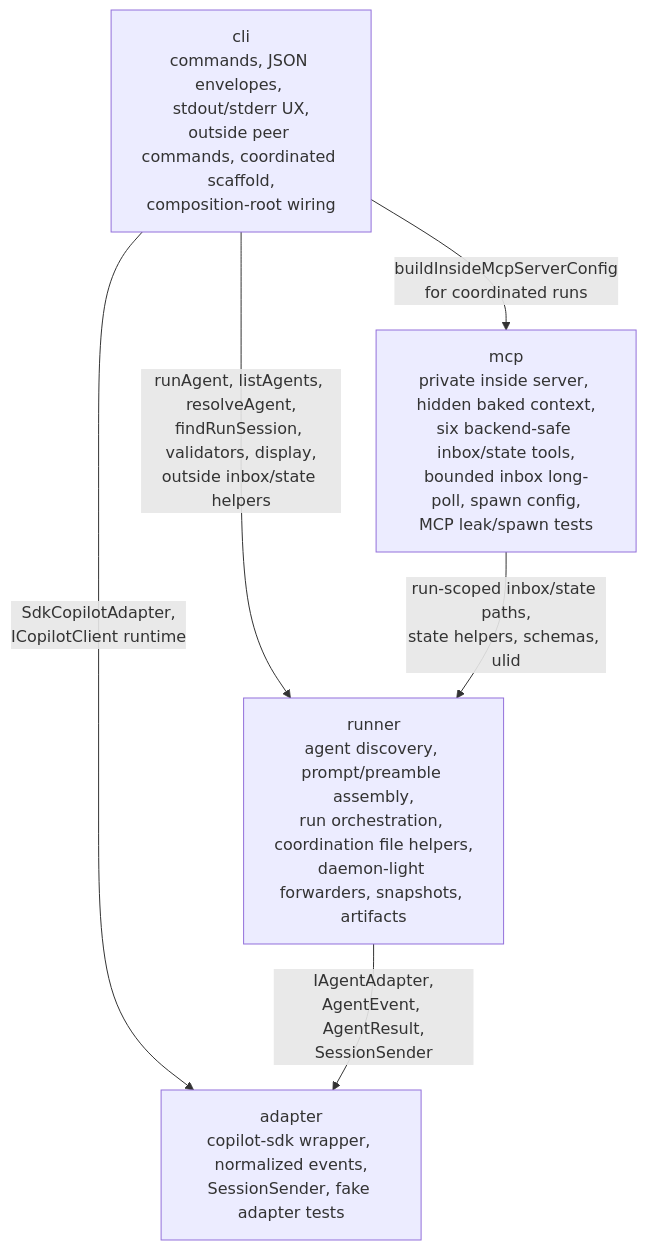
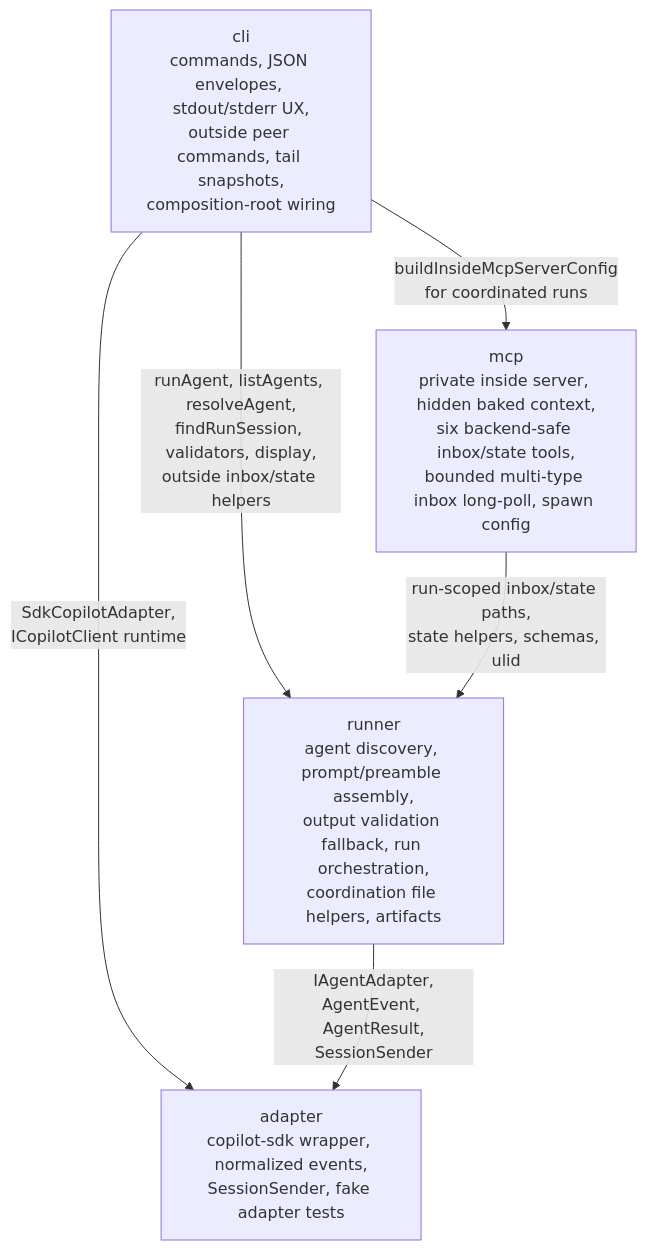
One commit to AI-Substrate/minih changed the diagram in docs/domains/domain-map.md. Above: the diagram before and after it, drawn with Mermaid. The commit also changed other lines of this file and 85 other files, not shown here.

````diff
--- a/docs/domains/domain-map.md
+++ b/docs/domains/domain-map.md
@@ -3,13 +3,13 @@
 ```mermaid
 flowchart TD
-    cli["cli<br/>commands, JSON envelopes, stdout/stderr UX,<br/>outside peer commands, coordinated scaffold,<br/>composition-root wiring"]
-    runner["runner<br/>agent discovery, prompt/preamble assembly,<br/>run orchestration, coordination file helpers,<br/>daemon-light forwarders, snapshots, artifacts"]
-    mcp["mcp<br/>private inside server, hidden baked context,<br/>six backend-safe inbox/state tools,<br/>bounded inbox long-poll, spawn config,<br/>MCP leak/spawn tests"]
+    cli["cli<br/>commands, JSON envelopes, stdout/stderr UX,<br/>outside peer commands, tail snapshots,<br/>composition-root wiring"]
+    runner["runner<br/>agent discovery, prompt/preamble assembly,<br/>output validation fallback, run orchestration,<br/>coordination file helpers, artifacts"]
+    mcp["mcp<br/>private inside server, hidden baked context,<br/>six backend-safe inbox/state tools,<br/>bounded multi-type inbox long-poll, spawn config"]
     adapter["adapter<br/>copilot-sdk wrapper, normalized events,<br/>SessionSender, fake adapter tests"]
 
     cli -- "runAgent, listAgents, resolveAgent,<br/>findRunSession, validators, display,<br/>outside inbox/state helpers" --> runner
     cli -- "buildInsideMcpServerConfig<br/>for coordinated runs" --> mcp
     cli -- "SdkCopilotAdapter,<br/>ICopilotClient runtime" --> adapter
     mcp -- "run-scoped inbox/state paths,<br/>state helpers, schemas, ulid" --> runner
     runner -- "IAgentAdapter,<br/>AgentEvent, AgentResult,<br/>SessionSender" --> adapter
 ```
````
